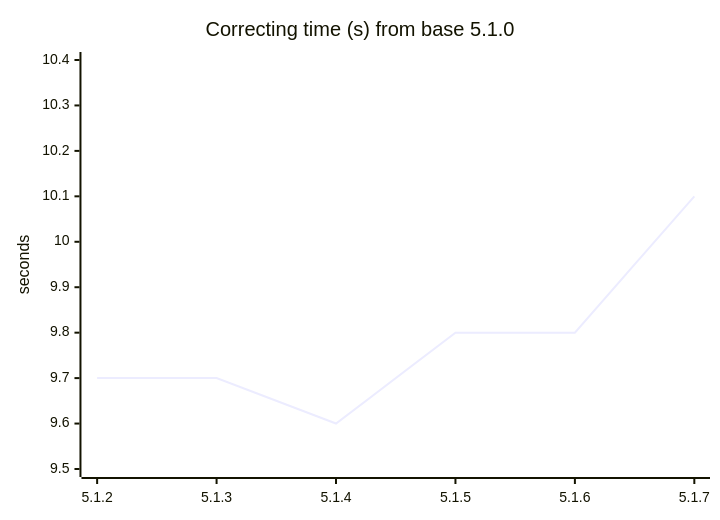
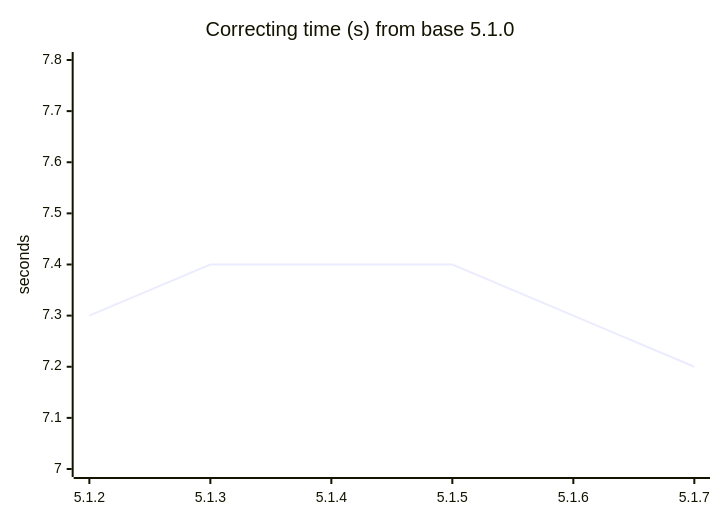
The eighth of 10 diagrams in ANALYSIS.md (darrelllong/Delta-Compression), drawn with Mermaid before and after one commit. The commit also changed other lines of this file and 4 other files, not shown here.

````diff
--- a/ANALYSIS.md
+++ b/ANALYSIS.md
@@ -665,8 +662,8 @@
 ```mermaid
 %%{init: {"xyChart": {"plotColorPalette": "#e65100"}}}%%
 xychart-beta
     title "Correcting time (s) from base 5.1.0"
     x-axis ["5.1.2", "5.1.3", "5.1.4", "5.1.5", "5.1.6", "5.1.7"]
-    y-axis "seconds" 9.5 --> 10.4
-    line [9.7, 9.7, 9.6, 9.8, 9.8, 10.1]
+    y-axis "seconds" 7.0 --> 7.8
+    line [7.3, 7.4, 7.4, 7.4, 7.3, 7.2]
 ```
````
